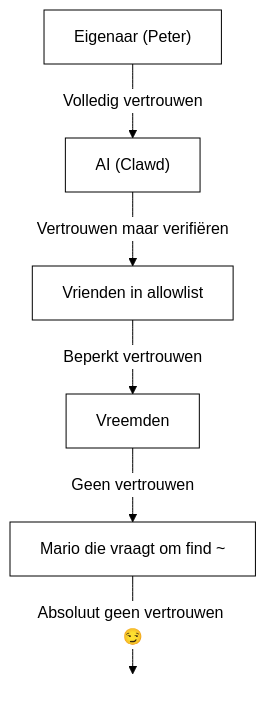
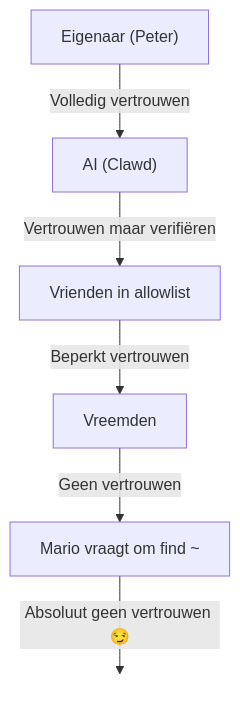
The diagram in nl/gateway/security/index.md (johnakelly-yahoo-com/veiseule-openclaw), drawn with Mermaid before and after one commit. The commit also changed other lines of this file and 7264 other files, not shown here.

````diff
--- a/nl/gateway/security/index.md
+++ b/nl/gateway/security/index.md
@@ -758,28 +806,12 @@
 ```mermaid
-%%{init: {
-  'theme': 'base',
-  'themeVariables': {
-    'primaryColor': '#ffffff',
-    'primaryTextColor': '#000000',
-    'primaryBorderColor': '#000000',
-    'lineColor': '#000000',
-    'secondaryColor': '#f9f9fb',
-    'tertiaryColor': '#ffffff',
-    'clusterBkg': '#f9f9fb',
-    'clusterBorder': '#000000',
-    'nodeBorder': '#000000',
-    'mainBkg': '#ffffff',
-    'edgeLabelBackground': '#ffffff'
-  }
-}}%%
 flowchart TB
     A["Eigenaar (Peter)"] -- Volledig vertrouwen --> B["AI (Clawd)"]
     B -- Vertrouwen maar verifiëren --> C["Vrienden in allowlist"]
     C -- Beperkt vertrouwen --> D["Vreemden"]
-    D -- Geen vertrouwen --> E["Mario die vraagt om find ~"]
+    D -- Geen vertrouwen --> E["Mario vraagt om find ~"]
     E -- Absoluut geen vertrouwen 😏 --> F[" "]
 
-     %% Het transparante vak is nodig om het onderste label correct weer te geven
+     %% The transparent box is needed to show the bottom-most label correctly
      F:::Class_transparent_box
     classDef Class_transparent_box fill:transparent, stroke:transparent
 ```
````
